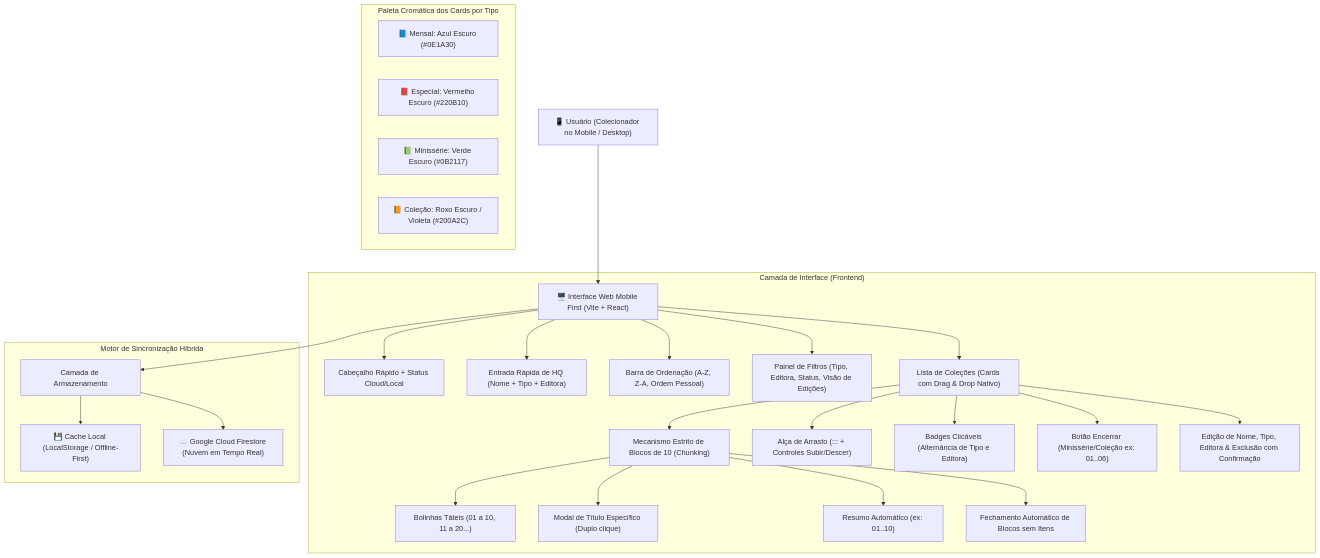
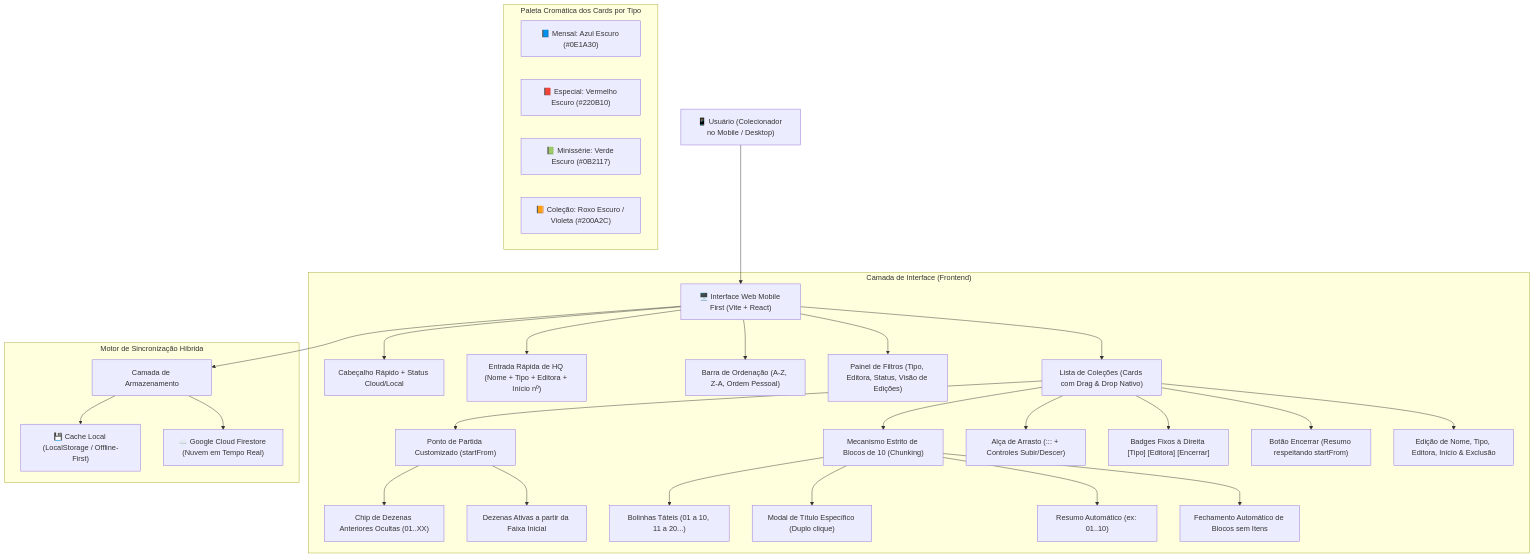
One commit to williamdevide/antigravity.collections changed the first of 2 diagrams in documentation/architecture.md. Above: the diagram before and after it, drawn with Mermaid. The commit also changed other lines of this file and 4 other files, not shown here.

Commit message:
feat: add startFrom initial issue configuration with auto-hidden prior chunks

````diff
--- a/documentation/architecture.md
+++ b/documentation/architecture.md
@@ -10,36 +10,40 @@
 ```mermaid
 flowchart TD
     User["📱 Usuário (Colecionador no Mobile / Desktop)"] --> UI["🖥️ Interface Web Mobile First (Vite + React)"]
 
     subgraph Frontend ["Camada de Interface (Frontend)"]
         UI --> Header["Cabeçalho Rápido + Status Cloud/Local"]
-        UI --> AddForm["Entrada Rápida de HQ (Nome + Tipo + Editora)"]
+        UI --> AddForm["Entrada Rápida de HQ (Nome + Tipo + Editora + Início nº)"]
         UI --> SortBar["Barra de Ordenação (A-Z, Z-A, Ordem Pessoal)"]
         UI --> FilterPanel["Painel de Filtros (Tipo, Editora, Status, Visão de Edições)"]
         UI --> ComicList["Lista de Coleções (Cards com Drag & Drop Nativo)"]
+        
+        ComicList --> StartFromLogic["Ponto de Partida Customizado (startFrom)"]
+        StartFromLogic --> HiddenChip["Chip de Dezenas Anteriores Ocultas (01..XX)"]
+        StartFromLogic --> ActiveChunks["Dezenas Ativas a partir da Faixa Inicial"]
         
         ComicList --> ChunkEngine["Mecanismo Estrito de Blocos de 10 (Chunking)"]
         ChunkEngine --> TactileCircles["Bolinhas Táteis (01 a 10, 11 a 20...)"]
         ChunkEngine --> IssueTitleModal["Modal de Título Específico (Duplo clique)"]
         ChunkEngine --> AutoSummarize["Resumo Automático (ex: 01..10)"]
         ChunkEngine --> StrictCollapse["Fechamento Automático de Blocos sem Itens"]
         
         ComicList --> DragHandle["Alça de Arrasto (::: + Controles Subir/Descer)"]
-        ComicList --> Badges["Badges Clicáveis (Alternância de Tipo e Editora)"]
-        ComicList --> SeriesEnder["Botão Encerrar (Minissérie/Coleção ex: 01..06)"]
-        ComicList --> EditModal["Edição de Nome, Tipo, Editora & Exclusão com Confirmação"]
+        ComicList --> AlignedBadges["Badges Fixos à Direita [Tipo] [Editora] [Encerrar]"]
+        ComicList --> SeriesEnder["Botão Encerrar (Resumo respeitando startFrom)"]
+        ComicList --> EditModal["Edição de Nome, Tipo, Editora, Início & Exclusão"]
     end
 
     subgraph Theming ["Paleta Cromática dos Cards por Tipo"]
         MensalCard["📘 Mensal: Azul Escuro (#0E1A30)"]
         EspecialCard["📕 Especial: Vermelho Escuro (#220B10)"]
         MinisserieCard["📗 Minissérie: Verde Escuro (#0B2117)"]
         ColecaoCard["📙 Coleção: Roxo Escuro / Violeta (#200A2C)"]
     end
 
     subgraph DataSync ["Motor de Sincronização Híbrida"]
         UI --> StorageLayer["Camada de Armazenamento"]
         StorageLayer --> LocalStorage["💾 Cache Local (LocalStorage / Offline-First)"]
         StorageLayer --> Firestore["☁️ Google Cloud Firestore (Nuvem em Tempo Real)"]
     end
 ```
````
